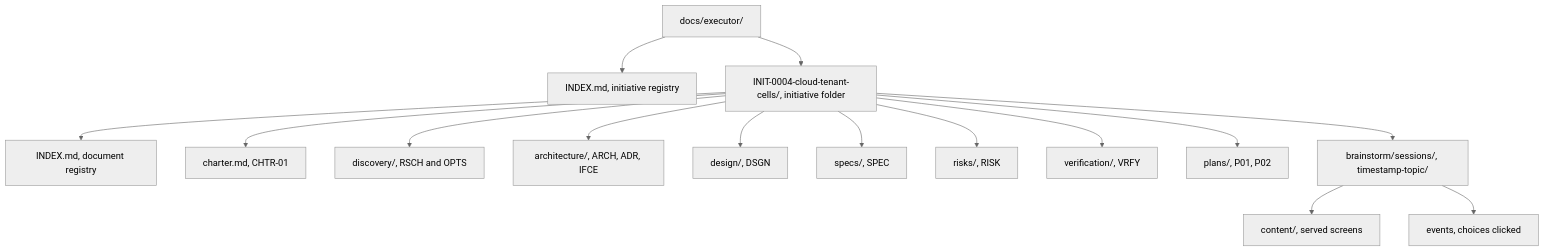
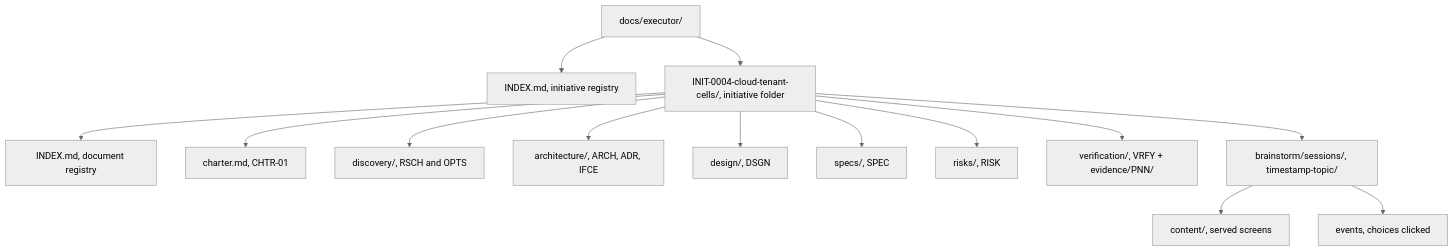
Before and after one commit to Atri10/executor: the first of 2 diagrams in skills/executor/references/layout.md, drawn with Mermaid (neutral theme). The commit also changed other lines of this file and 11 other files, not shown here.

````diff
--- a/skills/executor/references/layout.md
+++ b/skills/executor/references/layout.md
@@ -8,17 +8,16 @@
 ```mermaid
 flowchart TB
     ROOT["docs/executor/"] --> REG["INDEX.md, initiative registry"]
     ROOT --> INIT["INIT-0004-cloud-tenant-cells/, initiative folder"]
     INIT --> IREG["INDEX.md, document registry"]
     INIT --> CH["charter.md, CHTR-01"]
     INIT --> DISC["discovery/, RSCH and OPTS"]
     INIT --> ARCH["architecture/, ARCH, ADR, IFCE"]
     INIT --> DESIGN["design/, DSGN"]
     INIT --> SPECS["specs/, SPEC"]
     INIT --> RISKS["risks/, RISK"]
-    INIT --> VERIFY["verification/, VRFY"]
-    INIT --> PLANS["plans/, P01, P02"]
+    INIT --> VERIFY["verification/, VRFY + evidence/PNN/"]
     INIT --> BRAIN["brainstorm/sessions/, timestamp-topic/"]
     BRAIN --> CONTENT["content/, served screens"]
     BRAIN --> EVENTS["events, choices clicked"]
 ```
````
